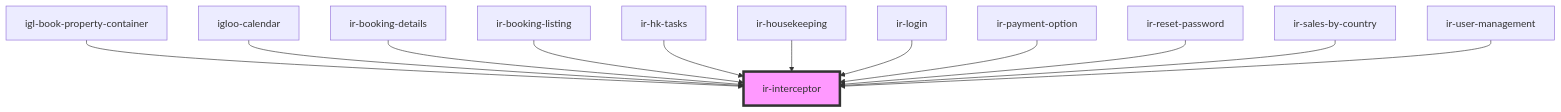
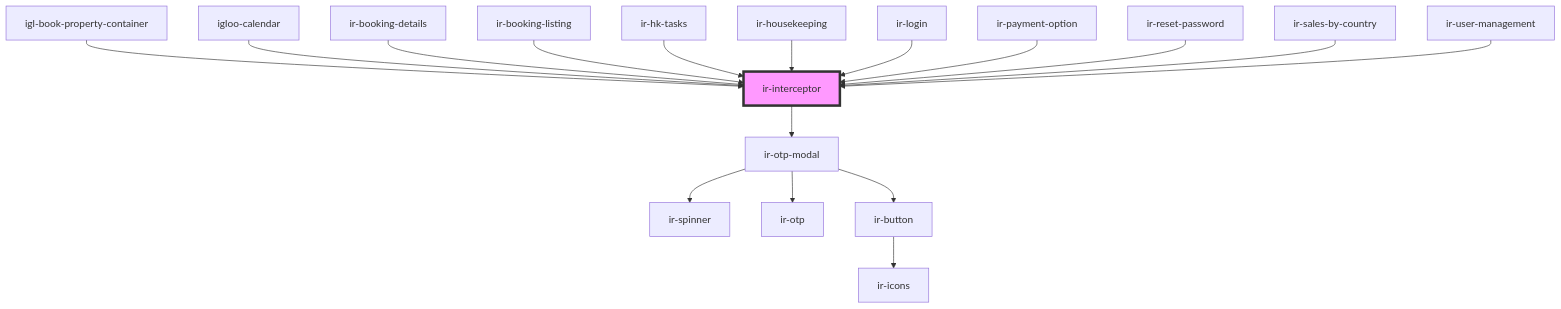
The diagram in src/components/ir-interceptor/readme.md (David1Chowaifaty/modified-ir-webcmp), drawn with Mermaid before and after one commit. The commit also changed other lines of this file and 28 other files, not shown here.

````diff
--- a/src/components/ir-interceptor/readme.md
+++ b/src/components/ir-interceptor/readme.md
@@ -39,15 +44,20 @@
 ```mermaid
 graph TD;
+  ir-interceptor --> ir-otp-modal
+  ir-otp-modal --> ir-spinner
+  ir-otp-modal --> ir-otp
+  ir-otp-modal --> ir-button
+  ir-button --> ir-icons
   igl-book-property-container --> ir-interceptor
   igloo-calendar --> ir-interceptor
   ir-booking-details --> ir-interceptor
   ir-booking-listing --> ir-interceptor
   ir-hk-tasks --> ir-interceptor
   ir-housekeeping --> ir-interceptor
   ir-login --> ir-interceptor
   ir-payment-option --> ir-interceptor
   ir-reset-password --> ir-interceptor
   ir-sales-by-country --> ir-interceptor
   ir-user-management --> ir-interceptor
   style ir-interceptor fill:#f9f,stroke:#333,stroke-width:4px
 ```
````
